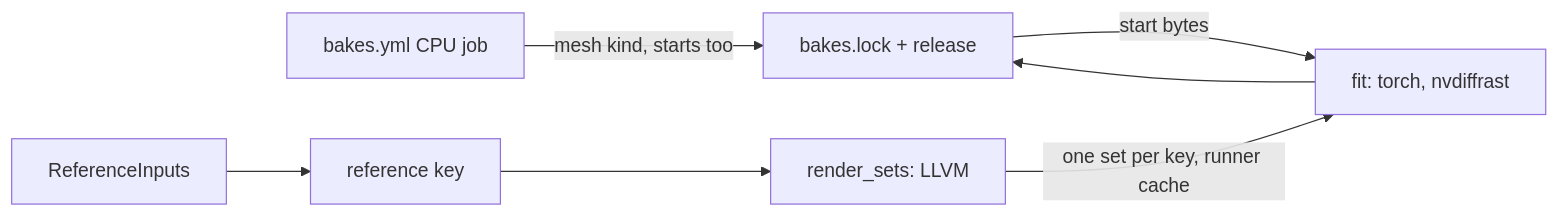
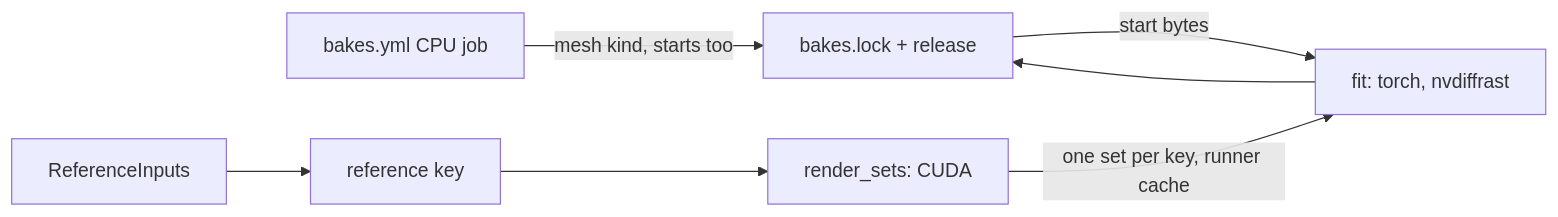
The diagram in docs/plans/Baker-Scalability-Design-Sketch.md (jose-villegas/autana), drawn with Mermaid before and after one commit. The commit also changed other lines of this file and 12 other files, not shown here.

````diff
--- a/docs/plans/Baker-Scalability-Design-Sketch.md
+++ b/docs/plans/Baker-Scalability-Design-Sketch.md
@@ -23,9 +23,9 @@
 ```mermaid
 flowchart LR
     CI["bakes.yml CPU job"] -- "mesh kind, starts too" --> Lock["bakes.lock + release"]
     Lock -- "start bytes" --> Fit
     Inputs["ReferenceInputs"] --> RefKey["reference key"]
-    RefKey --> Ref["render_sets: LLVM"]
+    RefKey --> Ref["render_sets: CUDA"]
     Ref -- "one set per key, runner cache" --> Fit["fit: torch, nvdiffrast"]
     Fit --> Lock
 ```
````
